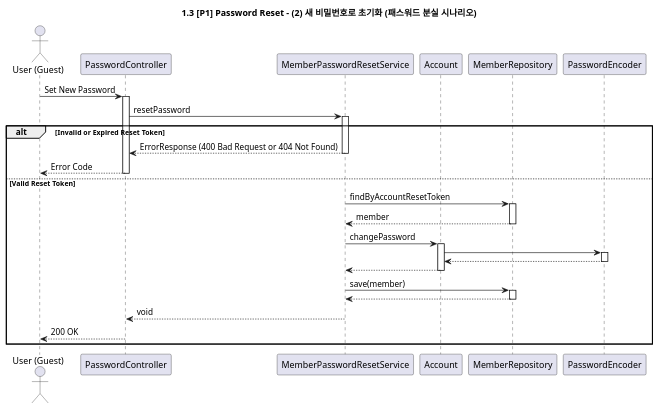
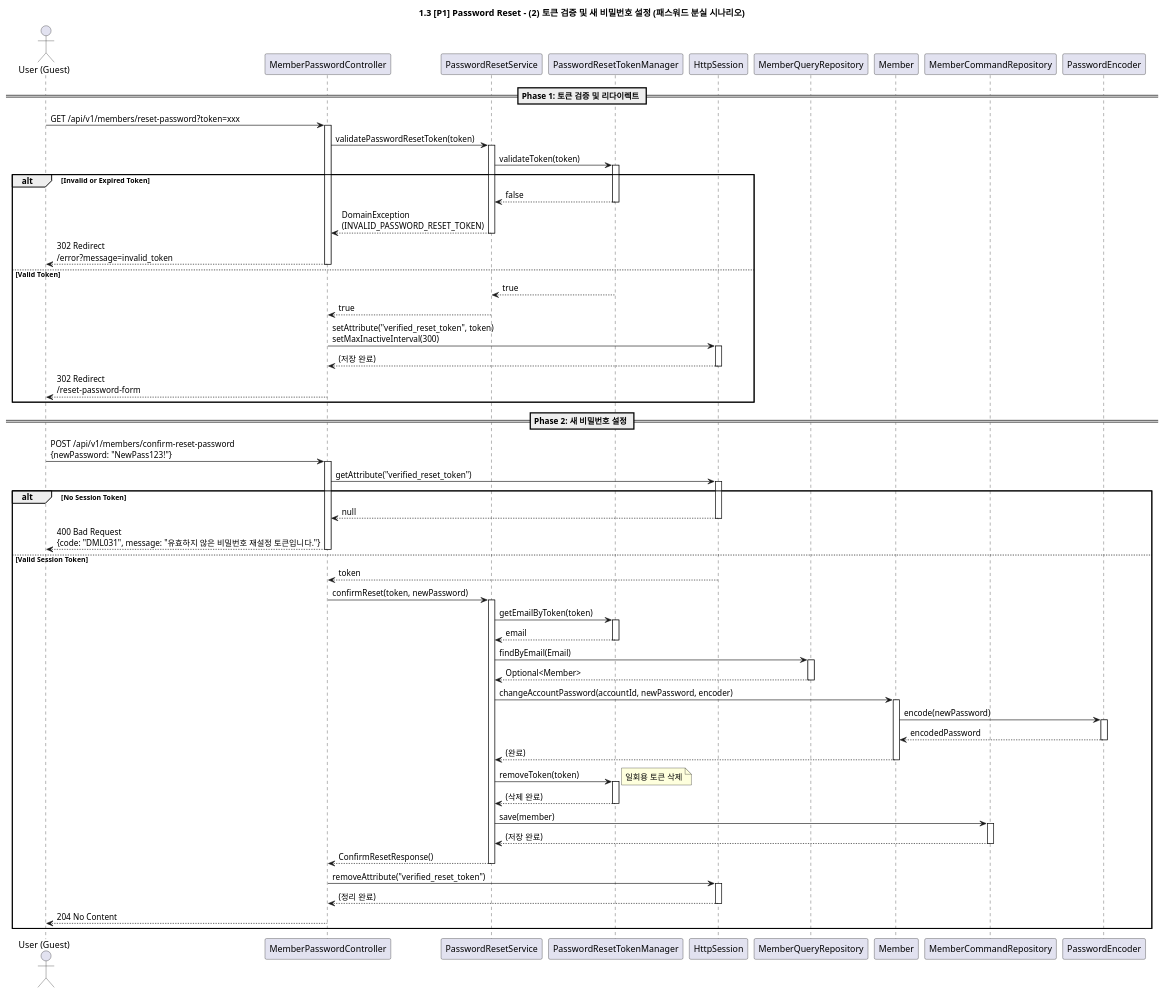
Before and after one commit to f-lab-edu/learning-manager: the diagram in docs/sequences/1.3_password_reset_set_new.puml, drawn with PlantUML. The commit also changed 36 other files, not shown here.

Commit message:
feat: JWT 기반 인증 및 비밀번호 재설정 기능 개선 (#66)

```diff
--- a/docs/sequences/1.3_password_reset_set_new.puml
+++ b/docs/sequences/1.3_password_reset_set_new.puml
@@ -1,51 +1,107 @@
 @startuml
 
-title 1.3 [P1] Password Reset - (2) 새 비밀번호로 초기화 (패스워드 분실 시나리오)
+title 1.3 [P1] Password Reset - (2) 토큰 검증 및 새 비밀번호 설정 (패스워드 분실 시나리오)
 
 actor "User (Guest)" as User
-participant "PasswordController" as Controller
-participant "MemberPasswordResetService" as AppService
-participant "Account" as AccountDomain
-participant "MemberRepository" as Repository
+participant "MemberPasswordController" as Controller
+participant "PasswordResetService" as AppService
+participant "PasswordResetTokenManager" as TokenManager
+participant "HttpSession" as Session
+participant "MemberQueryRepository" as QueryRepository
+participant "Member" as MemberDomain
+participant "MemberCommandRepository" as CommandRepository
 participant "PasswordEncoder" as Encoder
 
-User -> Controller: Set New Password
+== Phase 1: 토큰 검증 및 리다이렉트 ==
+
+User -> Controller: GET /api/v1/members/reset-password?token=xxx
 activate Controller
 
-Controller -> AppService: resetPassword
+Controller -> AppService: validatePasswordResetToken(token)
 activate AppService
-alt Invalid or Expired Reset Token
-    AppService --> Controller: ErrorResponse (400 Bad Request or 404 Not Found)
+
+AppService -> TokenManager: validateToken(token)
+activate TokenManager
+alt Invalid or Expired Token
+    TokenManager --> AppService: false
+    deactivate TokenManager
+    AppService --> Controller: DomainException\n(INVALID_PASSWORD_RESET_TOKEN)
     deactivate AppService
-    Controller --> User: Error Code
+    Controller --> User: 302 Redirect\n/error?message=invalid_token
     deactivate Controller
-else Valid Reset Token
+else Valid Token
+    TokenManager --> AppService: true
+    deactivate TokenManager
+    AppService --> Controller: true
+    deactivate AppService
 
-AppService -> Repository: findByAccountResetToken
-activate Repository
-Repository --> AppService: member
-deactivate Repository
+    Controller -> Session: setAttribute("verified_reset_token", token)\nsetMaxInactiveInterval(300)
+    activate Session
+    Session --> Controller: (저장 완료)
+    deactivate Session
 
-AppService -> AccountDomain: changePassword
-activate AccountDomain
-AccountDomain -> Encoder
-activate Encoder
-Encoder --> AccountDomain
-deactivate Encoder
-AccountDomain --> AppService
-deactivate AccountDomain
+    Controller --> User: 302 Redirect\n/reset-password-form
+    deactivate Controller
+end
 
-AppService -> Repository: save(member)
-activate Repository
+== Phase 2: 새 비밀번호 설정 ==
 
-Repository --> AppService
+User -> Controller: POST /api/v1/members/confirm-reset-password\n{newPassword: "NewPass123!"}
+activate Controller
 
-deactivate Repository
+Controller -> Session: getAttribute("verified_reset_token")
+activate Session
+alt No Session Token
+    Session --> Controller: null
+    deactivate Session
+    Controller --> User: 400 Bad Request\n{code: "DML031", message: "유효하지 않은 비밀번호 재설정 토큰입니다."}
+    deactivate Controller
+else Valid Session Token
+    Session --> Controller: token
+    deactivate Session
 
-AppService --> Controller: void
-deactivate AppService
+    Controller -> AppService: confirmReset(token, newPassword)
+    activate AppService
 
-Controller --> User: 200 OK
-deactivate Controller
+    AppService -> TokenManager: getEmailByToken(token)
+    activate TokenManager
+    TokenManager --> AppService: email
+    deactivate TokenManager
+
+    AppService -> QueryRepository: findByEmail(Email)
+    activate QueryRepository
+    QueryRepository --> AppService: Optional<Member>
+    deactivate QueryRepository
+
+    AppService -> MemberDomain: changeAccountPassword(accountId, newPassword, encoder)
+    activate MemberDomain
+    MemberDomain -> Encoder: encode(newPassword)
+    activate Encoder
+    Encoder --> MemberDomain: encodedPassword
+    deactivate Encoder
+    MemberDomain --> AppService: (완료)
+    deactivate MemberDomain
+
+    AppService -> TokenManager: removeToken(token)
+    activate TokenManager
+    note right: 일회용 토큰 삭제
+    TokenManager --> AppService: (삭제 완료)
+    deactivate TokenManager
+
+    AppService -> CommandRepository: save(member)
+    activate CommandRepository
+    CommandRepository --> AppService: (저장 완료)
+    deactivate CommandRepository
+
+    AppService --> Controller: ConfirmResetResponse()
+    deactivate AppService
+
+    Controller -> Session: removeAttribute("verified_reset_token")
+    activate Session
+    Session --> Controller: (정리 완료)
+    deactivate Session
+
+    Controller --> User: 204 No Content
+    deactivate Controller
 end
 @enduml
```
